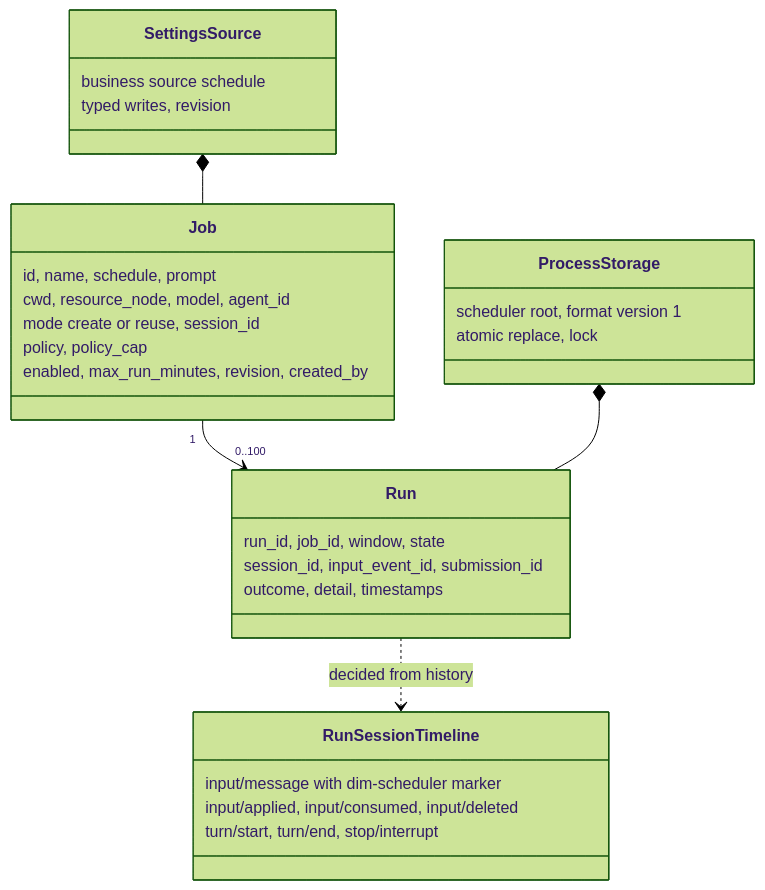
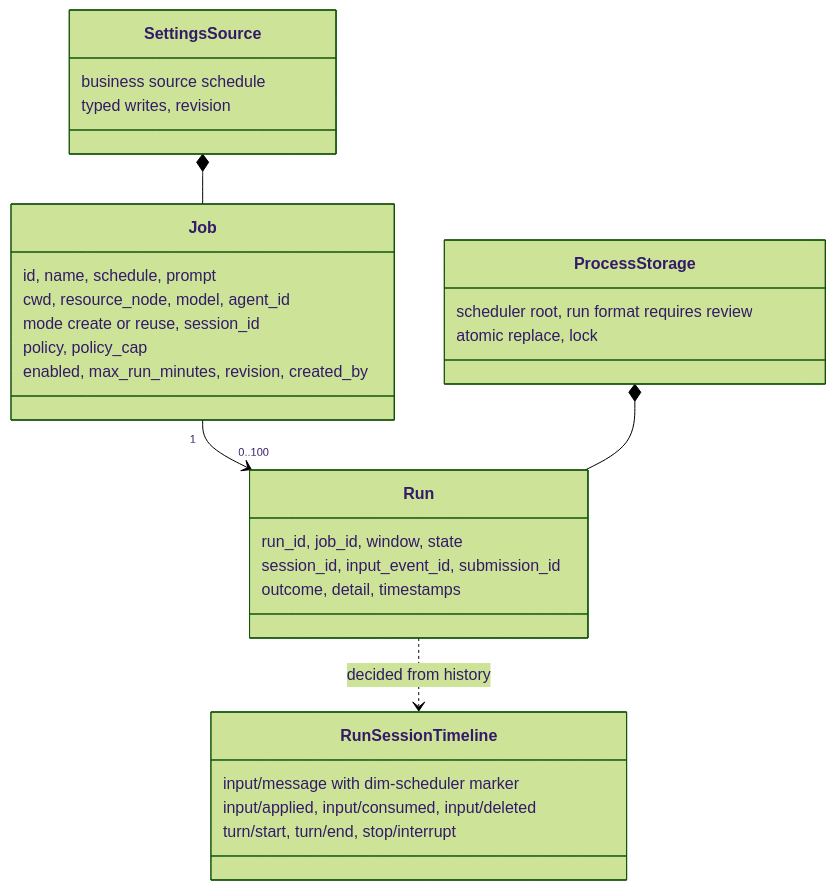
The second of 6 diagrams in docs/design/plugins/Scheduler.md (CoutinhoTTS/dim-agent), drawn with Mermaid (forest theme) before and after one commit. The commit also changed other lines of this file and 3 other files, not shown here.

````diff
--- a/docs/design/plugins/Scheduler.md
+++ b/docs/design/plugins/Scheduler.md
@@ -57,32 +69,32 @@
 ```mermaid
 classDiagram
   class Job {
     id, name, schedule, prompt
     cwd, resource_node, model, agent_id
     mode create or reuse, session_id
     policy, policy_cap
     enabled, max_run_minutes, revision, created_by
   }
   class Run {
     run_id, job_id, window, state
     session_id, input_event_id, submission_id
     outcome, detail, timestamps
   }
   class SettingsSource {
     business source schedule
     typed writes, revision
   }
   class ProcessStorage {
-    scheduler root, format version 1
+    scheduler root, run format requires review
     atomic replace, lock
   }
   class RunSessionTimeline {
     input/message with dim-scheduler marker
     input/applied, input/consumed, input/deleted
     turn/start, turn/end, stop/interrupt
   }
   Job "1" --> "0..100" Run
   SettingsSource *-- Job
   ProcessStorage *-- Run
   Run ..> RunSessionTimeline : decided from history
 ```
````
